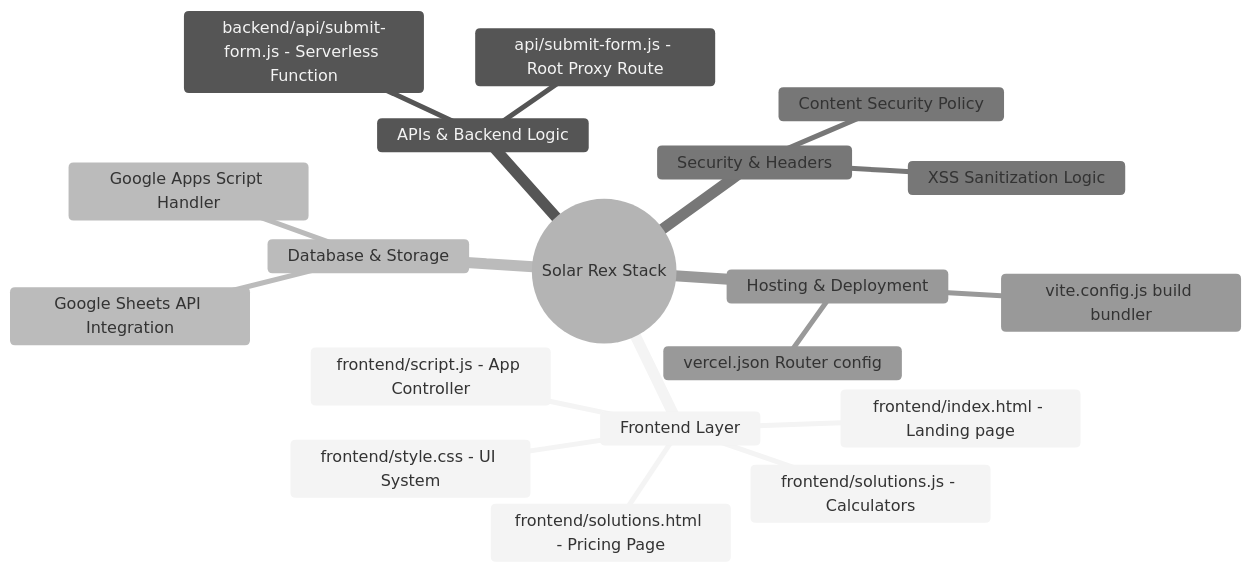
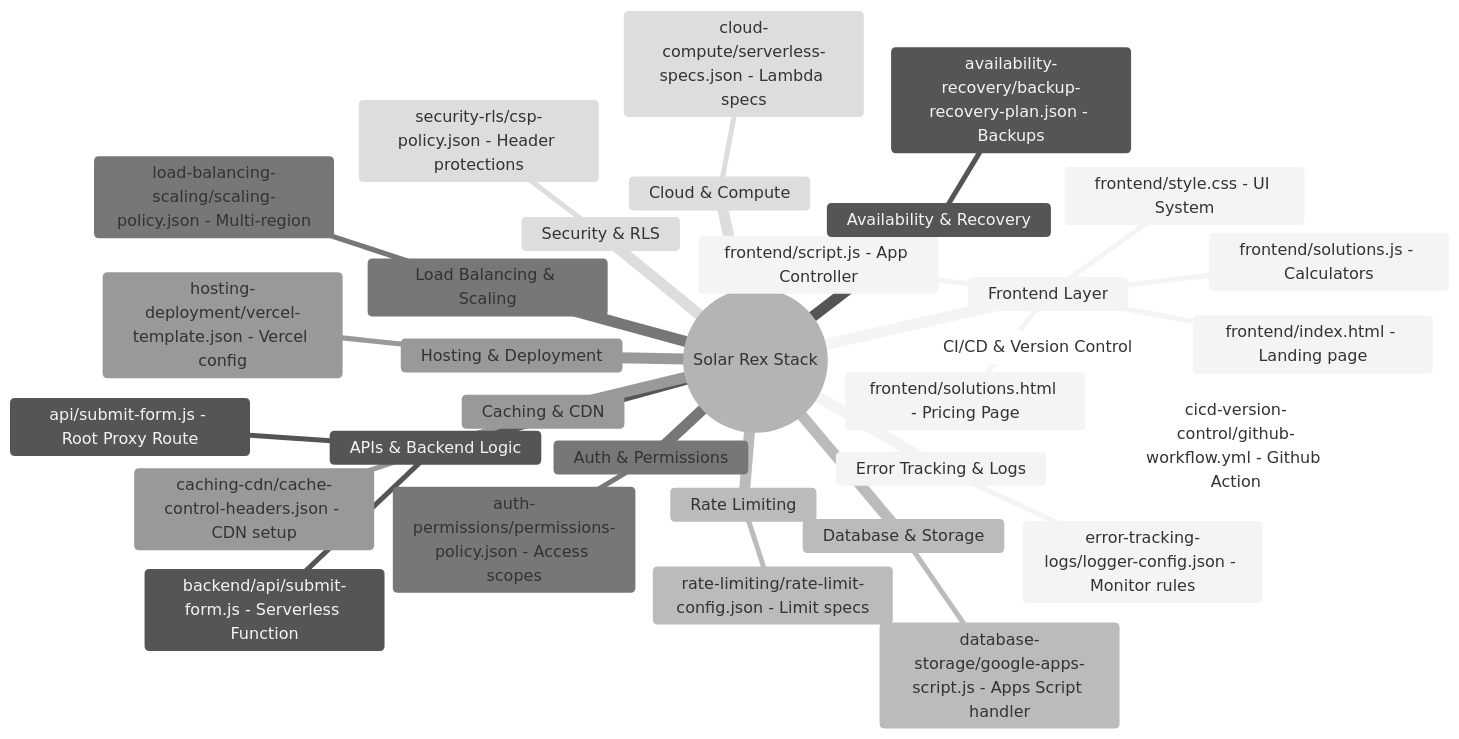
Before and after one commit to vanshpratap-lab/solarrex-web: the first of 2 diagrams in README.md, drawn with Mermaid (neutral theme). The commit also changed other lines of this file and 22 other files, not shown here.

Commit message:
chore: add top level stack configuration directories matching the architectural diagram

````diff
--- a/README.md
+++ b/README.md
@@ -11,22 +11,35 @@
 ```mermaid
 mindmap
   root((Solar Rex Stack))
     Frontend Layer
       frontend/index.html - Landing page
       frontend/solutions.html - Pricing Page
       frontend/style.css - UI System
       frontend/script.js - App Controller
       frontend/solutions.js - Calculators
     APIs & Backend Logic
       backend/api/submit-form.js - Serverless Function
       api/submit-form.js - Root Proxy Route
     Database & Storage
-      Google Sheets API Integration
-      Google Apps Script Handler
-    Security & Headers
-      XSS Sanitization Logic
-      Content Security Policy
+      database-storage/google-apps-script.js - Apps Script handler
+    Auth & Permissions
+      auth-permissions/permissions-policy.json - Access scopes
     Hosting & Deployment
-      vercel.json Router config
-      vite.config.js build bundler
+      hosting-deployment/vercel-template.json - Vercel config
+    Cloud & Compute
+      cloud-compute/serverless-specs.json - Lambda specs
+    CI/CD & Version Control
+      cicd-version-control/github-workflow.yml - Github Action
+    Security & RLS
+      security-rls/csp-policy.json - Header protections
+    Rate Limiting
+      rate-limiting/rate-limit-config.json - Limit specs
+    Caching & CDN
+      caching-cdn/cache-control-headers.json - CDN setup
+    Load Balancing & Scaling
+      load-balancing-scaling/scaling-policy.json - Multi-region
+    Error Tracking & Logs
+      error-tracking-logs/logger-config.json - Monitor rules
+    Availability & Recovery
+      availability-recovery/backup-recovery-plan.json - Backups
 ```
````
